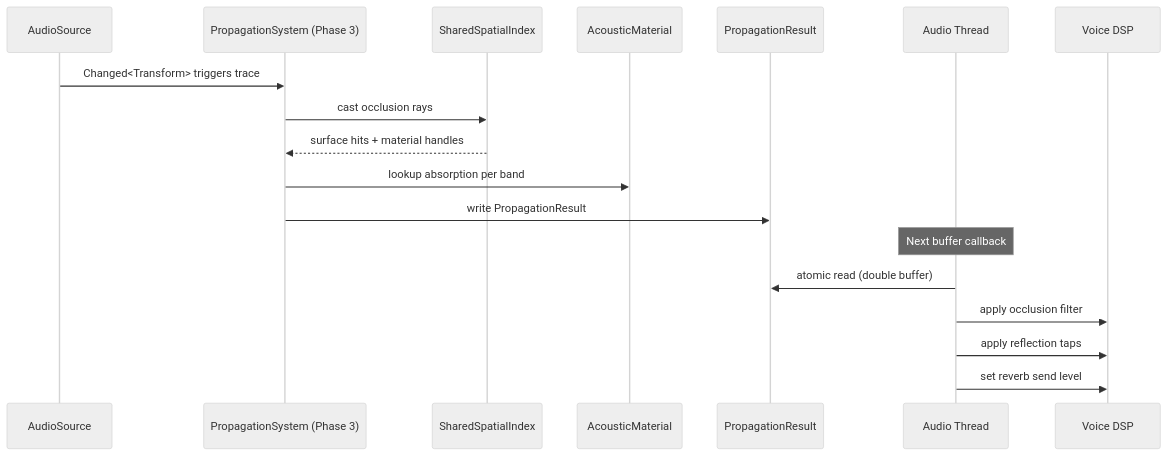
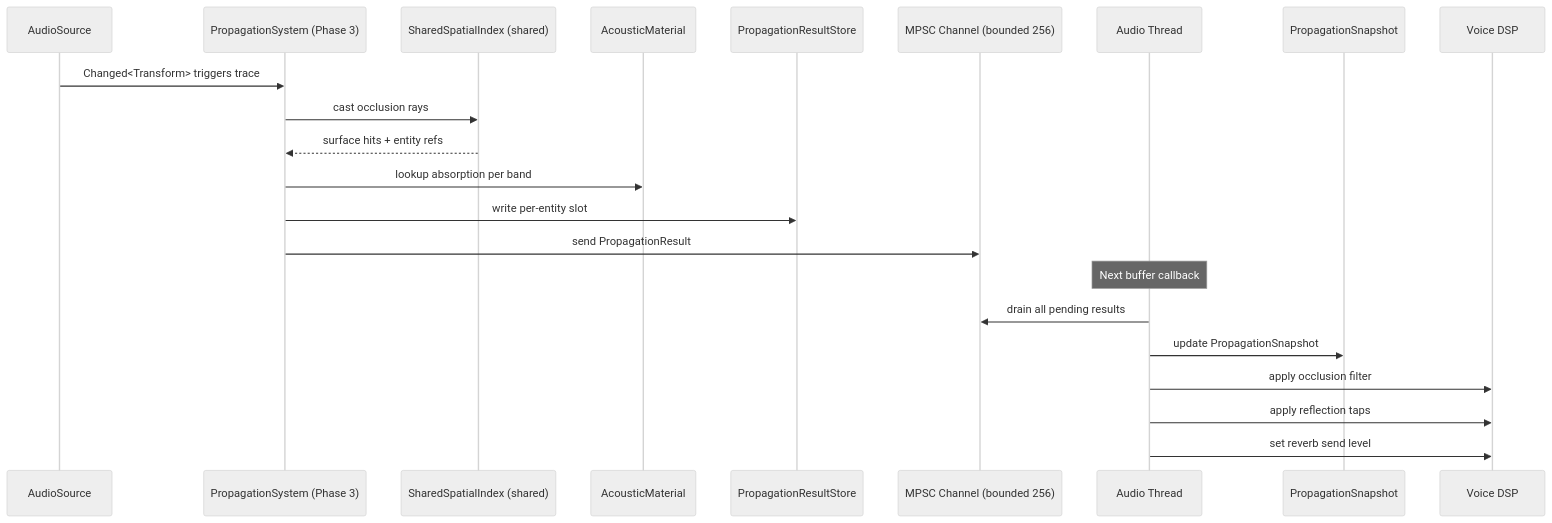
One commit to harmonius-dev/harmonius changed the diagram in docs/design/integration/audio-spatial-awareness.md. Above: the diagram before and after it, drawn with Mermaid (neutral theme). The commit also changed other lines of this file and 57 other files, not shown here.

````diff
--- a/docs/design/integration/audio-spatial-awareness.md
+++ b/docs/design/integration/audio-spatial-awareness.md
@@ -91,21 +152,25 @@
 ```mermaid
 sequenceDiagram
     participant Src as AudioSource
     participant Sys as PropagationSystem (Phase 3)
-    participant BVH as SharedSpatialIndex
+    participant BVH as SharedSpatialIndex (shared)
     participant AM as AcousticMaterial
-    participant PR as PropagationResult
+    participant PRS as PropagationResultStore
+    participant MPSC as MPSC Channel (bounded 256)
     participant AT as Audio Thread
+    participant Snap as PropagationSnapshot
     participant Voice as Voice DSP
 
     Src->>Sys: Changed<Transform> triggers trace
     Sys->>BVH: cast occlusion rays
-    BVH-->>Sys: surface hits + material handles
+    BVH-->>Sys: surface hits + entity refs
     Sys->>AM: lookup absorption per band
-    Sys->>PR: write PropagationResult
+    Sys->>PRS: write per-entity slot
+    Sys->>MPSC: send PropagationResult
     Note over AT: Next buffer callback
-    AT->>PR: atomic read (double buffer)
+    AT->>MPSC: drain all pending results
+    AT->>Snap: update PropagationSnapshot
     AT->>Voice: apply occlusion filter
     AT->>Voice: apply reflection taps
     AT->>Voice: set reverb send level
 ```
````
